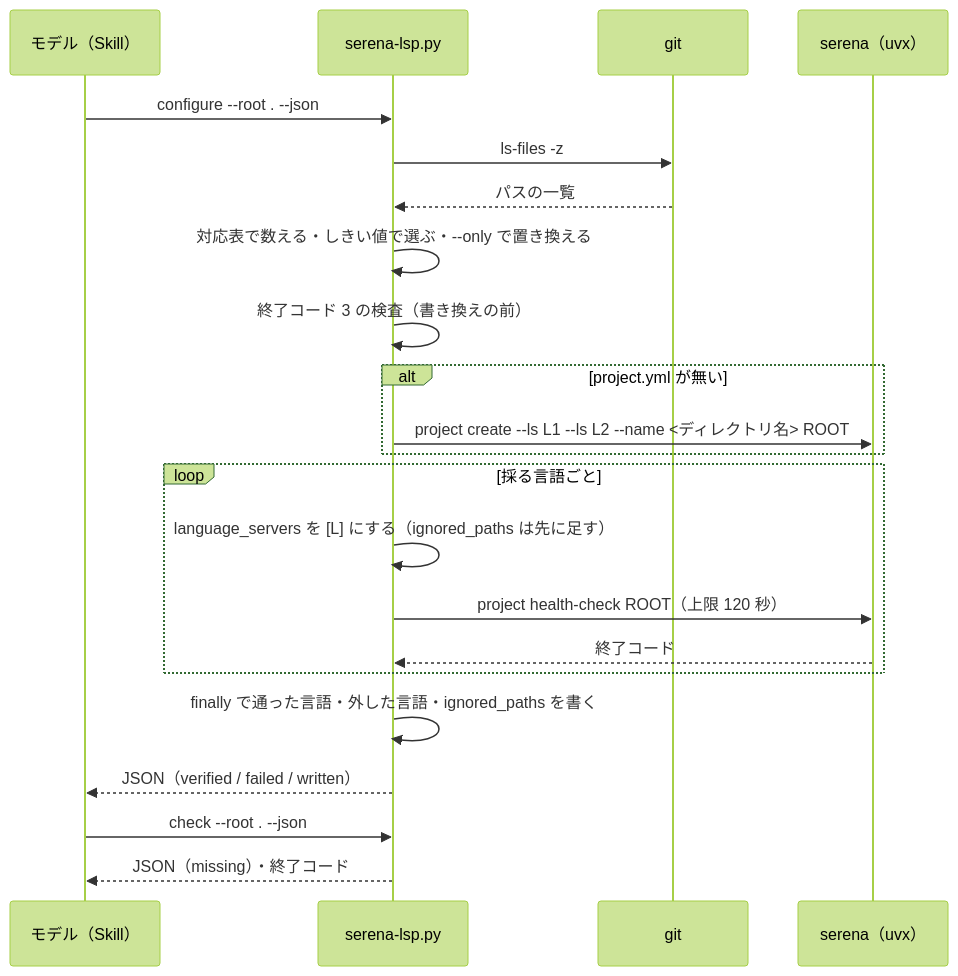
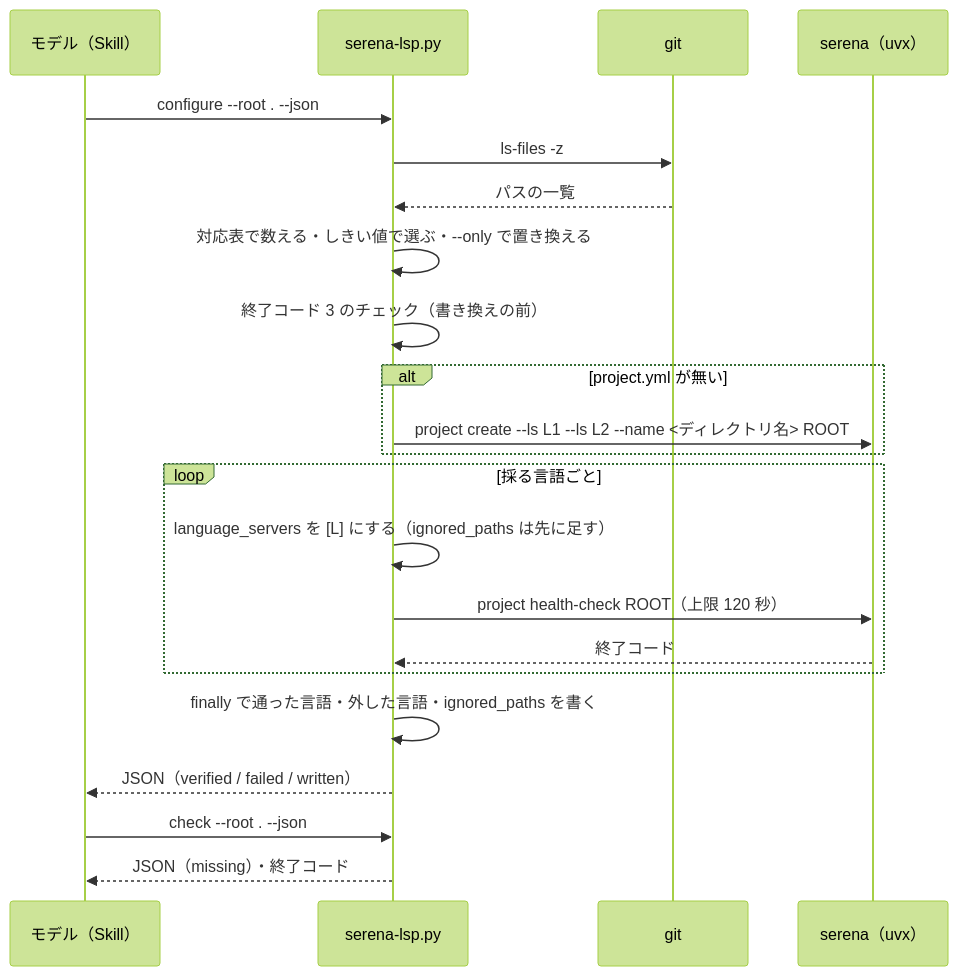
Before and after one commit to devbasex/ai-plugins: the second of 2 diagrams in docs/specifications/mcp-serena-language-servers.md, drawn with Mermaid (forest theme). The commit also changed other lines of this file and 237 other files, not shown here.

````diff
--- a/docs/specifications/mcp-serena-language-servers.md
+++ b/docs/specifications/mcp-serena-language-servers.md
@@ -241,24 +241,24 @@
 ```mermaid
 sequenceDiagram
   participant M as モデル（Skill）
   participant C as serena-lsp.py
   participant G as git
   participant S as serena（uvx）
   M->>C: configure --root . --json
   C->>G: ls-files -z
   G-->>C: パスの一覧
   C->>C: 対応表で数える・しきい値で選ぶ・--only で置き換える
-  C->>C: 終了コード 3 の検査（書き換えの前）
+  C->>C: 終了コード 3 のチェック（書き換えの前）
   alt project.yml が無い
     C->>S: project create --ls L1 --ls L2 --name <ディレクトリ名> ROOT
   end
   loop 採る言語ごと
     C->>C: language_servers を [L] にする（ignored_paths は先に足す）
     C->>S: project health-check ROOT（上限 120 秒）
     S-->>C: 終了コード
   end
   C->>C: finally で通った言語・外した言語・ignored_paths を書く
   C-->>M: JSON（verified / failed / written）
   M->>C: check --root . --json
   C-->>M: JSON（missing）・終了コード
 ```
````
